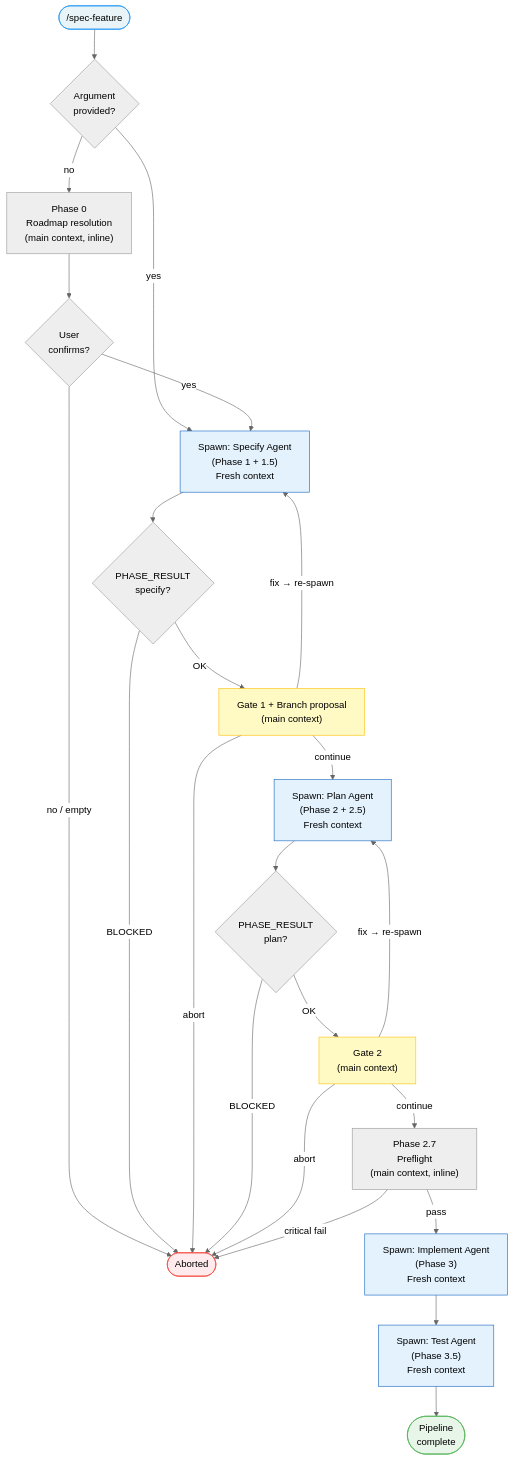
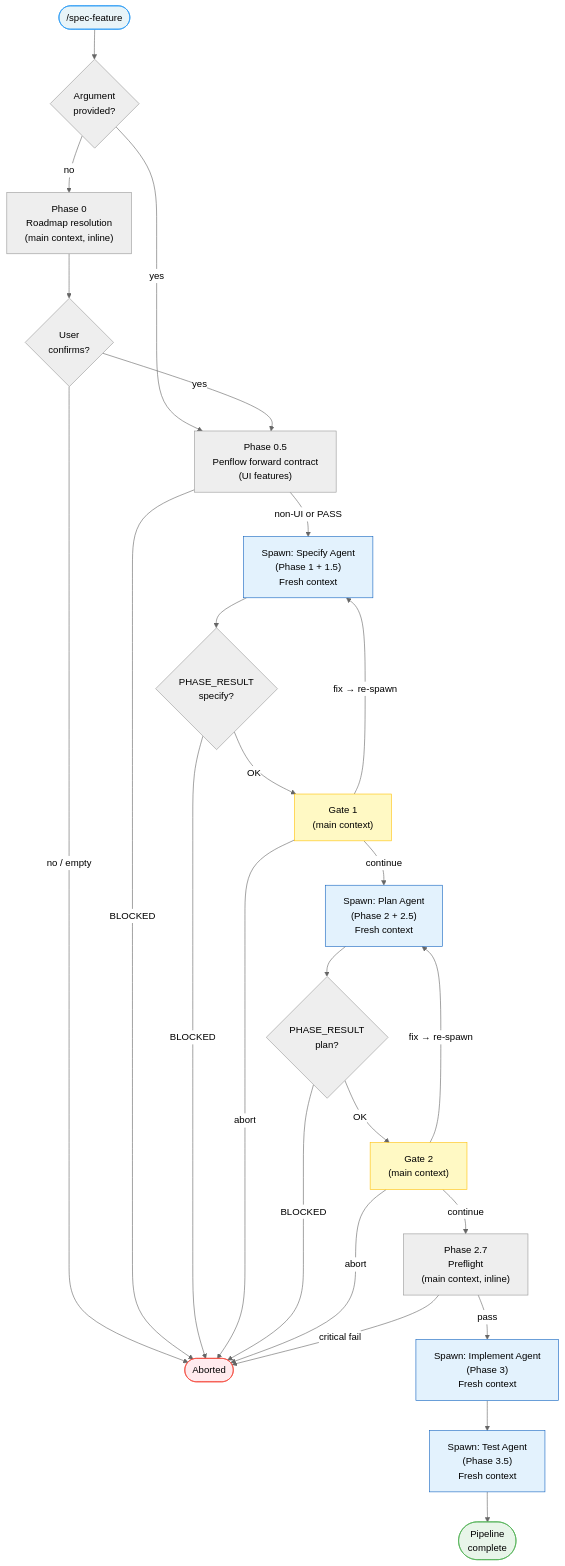
The diagram in .agent-sync/skills/spec-feature/SKILL.md (julien-m/livespec), drawn with Mermaid (neutral theme) before and after one commit. The commit also changed other lines of this file and 23 other files, not shown here.

````diff
--- a/.agent-sync/skills/spec-feature/SKILL.md
+++ b/.agent-sync/skills/spec-feature/SKILL.md
@@ -29,36 +29,38 @@
 ```mermaid
 flowchart TD
     START(["/spec-feature"]) --> ARG{"Argument\nprovided?"}
-    ARG -->|"yes"| P1
+    ARG -->|"yes"| P05["Phase 0.5\nPenflow forward contract\n(UI features)"]
     ARG -->|"no"| RESOLVE["Phase 0\nRoadmap resolution\n(main context, inline)"]
     RESOLVE --> CONFIRM{"User\nconfirms?"}
-    CONFIRM -->|"yes"| P1
+    CONFIRM -->|"yes"| P05
     CONFIRM -->|"no / empty"| ABORT
+    P05 -->|"non-UI or PASS"| P1
+    P05 -->|"BLOCKED"| ABORT
     P1["Spawn: Specify Agent\n(Phase 1 + 1.5)\nFresh context"]
     P1 --> PR1{"PHASE_RESULT\nspecify?"}
     PR1 -->|"BLOCKED"| ABORT
-    PR1 -->|"OK"| G1["Gate 1 + Branch proposal\n(main context)"]
+    PR1 -->|"OK"| G1["Gate 1\n(main context)"]
     G1 -->|"fix → re-spawn"| P1
     G1 -->|"abort"| ABORT(["Aborted"])
     G1 -->|"continue"| P2["Spawn: Plan Agent\n(Phase 2 + 2.5)\nFresh context"]
     P2 --> PR2{"PHASE_RESULT\nplan?"}
     PR2 -->|"BLOCKED"| ABORT
     PR2 -->|"OK"| G2["Gate 2\n(main context)"]
     G2 -->|"fix → re-spawn"| P2
     G2 -->|"abort"| ABORT
     G2 -->|"continue"| P27["Phase 2.7\nPreflight\n(main context, inline)"]
     P27 -->|"critical fail"| ABORT
     P27 -->|"pass"| P3["Spawn: Implement Agent\n(Phase 3)\nFresh context"]
     P3 --> P35["Spawn: Test Agent\n(Phase 3.5)\nFresh context"]
     P35 --> DONE(["Pipeline\ncomplete"])
 
     style START fill:#e8f4f8,stroke:#2196F3
     style P1 fill:#e3f2fd,stroke:#1565C0
     style P2 fill:#e3f2fd,stroke:#1565C0
     style P3 fill:#e3f2fd,stroke:#1565C0
     style P35 fill:#e3f2fd,stroke:#1565C0
     style G1 fill:#fff9c4,stroke:#FFC107
     style G2 fill:#fff9c4,stroke:#FFC107
     style ABORT fill:#ffebee,stroke:#F44336
     style DONE fill:#e8f5e9,stroke:#4CAF50
 ```
````
